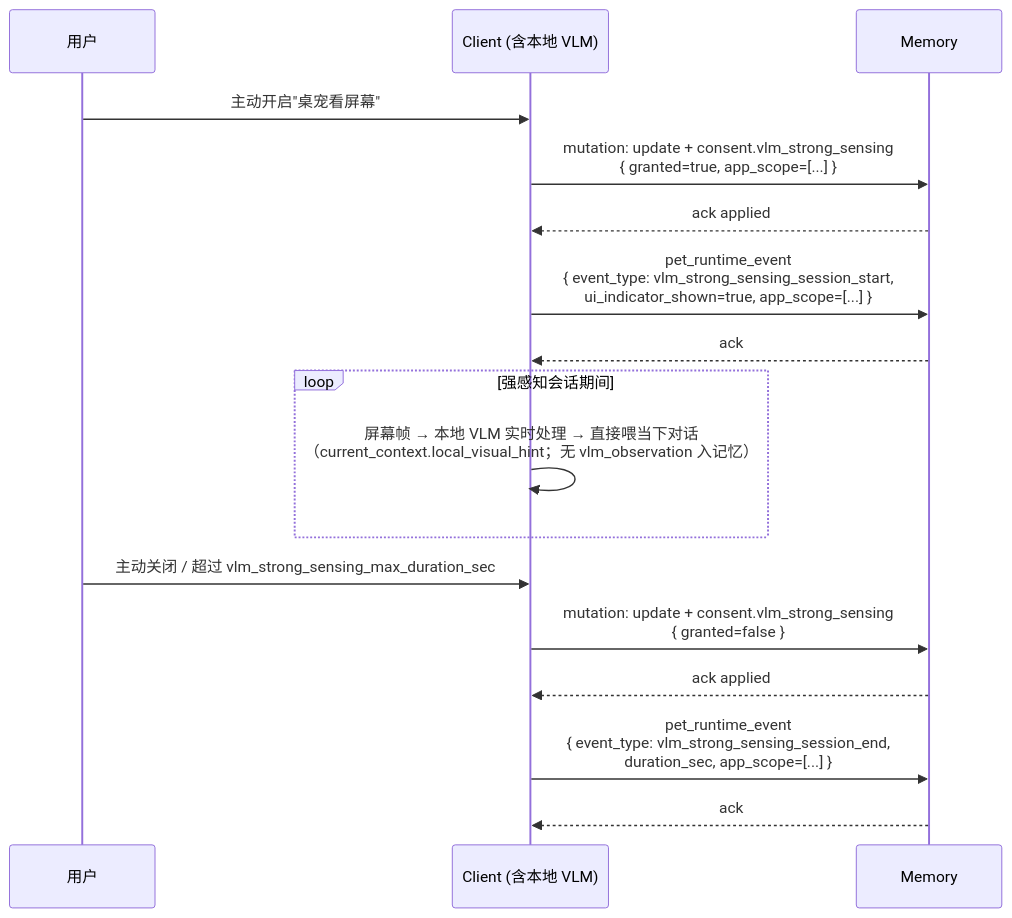
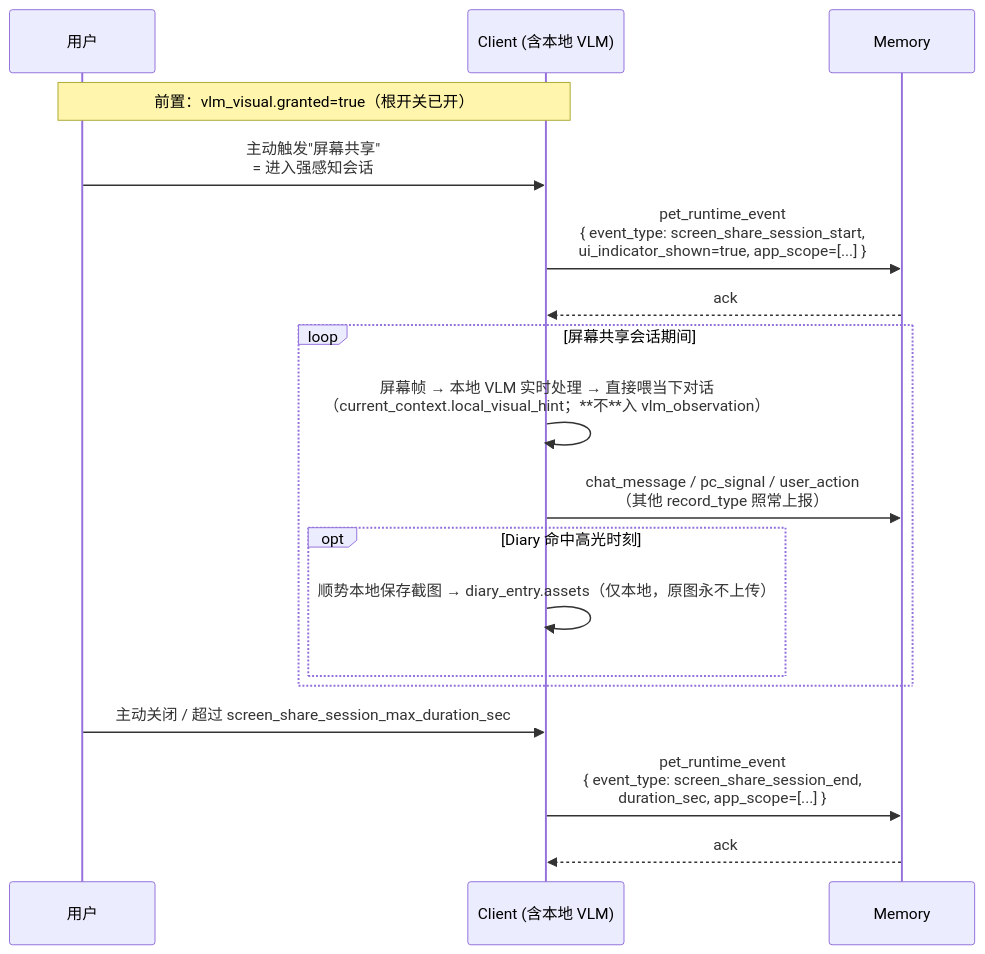
One commit to uu-yaya/ai-product-builder changed diagram 12 of 14 in projects/desktop-pet/01-pm/branches/memory-dataset/DATA_FLOW_REQUIREMENT_SPECIFICATION.md. Above: the diagram before and after it, drawn with Mermaid. The commit also changed other lines of this file, not shown here.

First line of the commit message:
refactor(dfrs): VLM 授权坍缩为单根开关 + 强感知≡屏幕共享会话

````diff
--- a/projects/desktop-pet/01-pm/branches/memory-dataset/DATA_FLOW_REQUIREMENT_SPECIFICATION.md
+++ b/projects/desktop-pet/01-pm/branches/memory-dataset/DATA_FLOW_REQUIREMENT_SPECIFICATION.md
@@ -2203,19 +2206,20 @@
 ```mermaid
 sequenceDiagram
     participant U as 用户
     participant C as Client (含本地 VLM)
     participant M as Memory
-    U->>C: 主动开启"桌宠看屏幕"
-    C->>M: mutation: update + consent.vlm_strong_sensing<br/>{ granted=true, app_scope=[...] }
-    M-->>C: ack applied
-    C->>M: pet_runtime_event<br/>{ event_type: vlm_strong_sensing_session_start,<br/>  ui_indicator_shown=true, app_scope=[...] }
+    Note over U,C: 前置：vlm_visual.granted=true（根开关已开）
+    U->>C: 主动触发"屏幕共享"<br/>= 进入强感知会话
+    C->>M: pet_runtime_event<br/>{ event_type: screen_share_session_start,<br/>  ui_indicator_shown=true, app_scope=[...] }
     M-->>C: ack
-    loop 强感知会话期间
-        C->>C: 屏幕帧 → 本地 VLM 实时处理 → 直接喂当下对话<br/>（current_context.local_visual_hint；无 vlm_observation 入记忆）
+    loop 屏幕共享会话期间
+        C->>C: 屏幕帧 → 本地 VLM 实时处理 → 直接喂当下对话<br/>（current_context.local_visual_hint；**不**入 vlm_observation）
+        C->>M: chat_message / pc_signal / user_action<br/>（其他 record_type 照常上报）
+        opt Diary 命中高光时刻
+            C->>C: 顺势本地保存截图 → diary_entry.assets（仅本地，原图永不上传）
+        end
     end
-    U->>C: 主动关闭 / 超过 vlm_strong_sensing_max_duration_sec
-    C->>M: mutation: update + consent.vlm_strong_sensing<br/>{ granted=false }
-    M-->>C: ack applied
-    C->>M: pet_runtime_event<br/>{ event_type: vlm_strong_sensing_session_end,<br/>  duration_sec, app_scope=[...] }
+    U->>C: 主动关闭 / 超过 screen_share_session_max_duration_sec
+    C->>M: pet_runtime_event<br/>{ event_type: screen_share_session_end,<br/>  duration_sec, app_scope=[...] }
     M-->>C: ack
 ```
````
